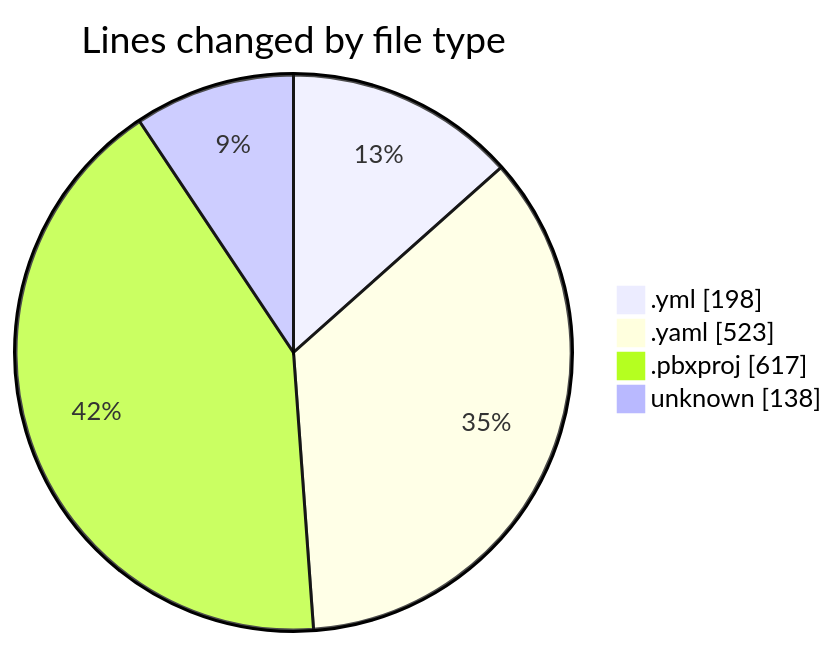
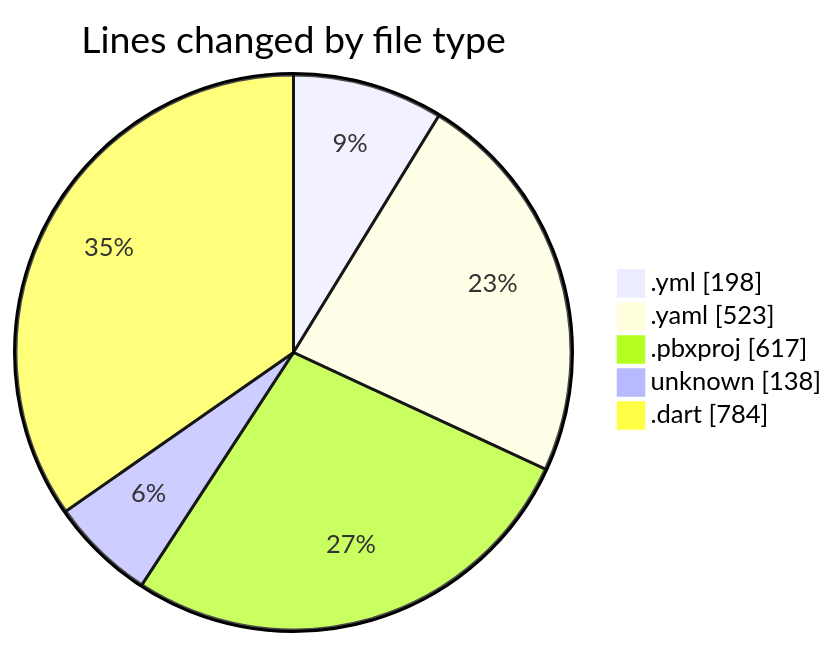
One commit to lephambinh05/code-tracking changed the first of 2 diagrams in 2025-08-08/studybuddy/README.md. Above: the diagram before and after it, drawn with Mermaid. The commit also changed other lines of this file and 1 other file, not shown here.

````diff
--- a/2025-08-08/studybuddy/README.md
+++ b/2025-08-08/studybuddy/README.md
@@ -25,8 +26,9 @@
 ```mermaid
 pie showData
 title Lines changed by file type
 ".yml" : 198
 ".yaml" : 523
 ".pbxproj" : 617
 "unknown" : 138
+".dart" : 784
 ```
````
